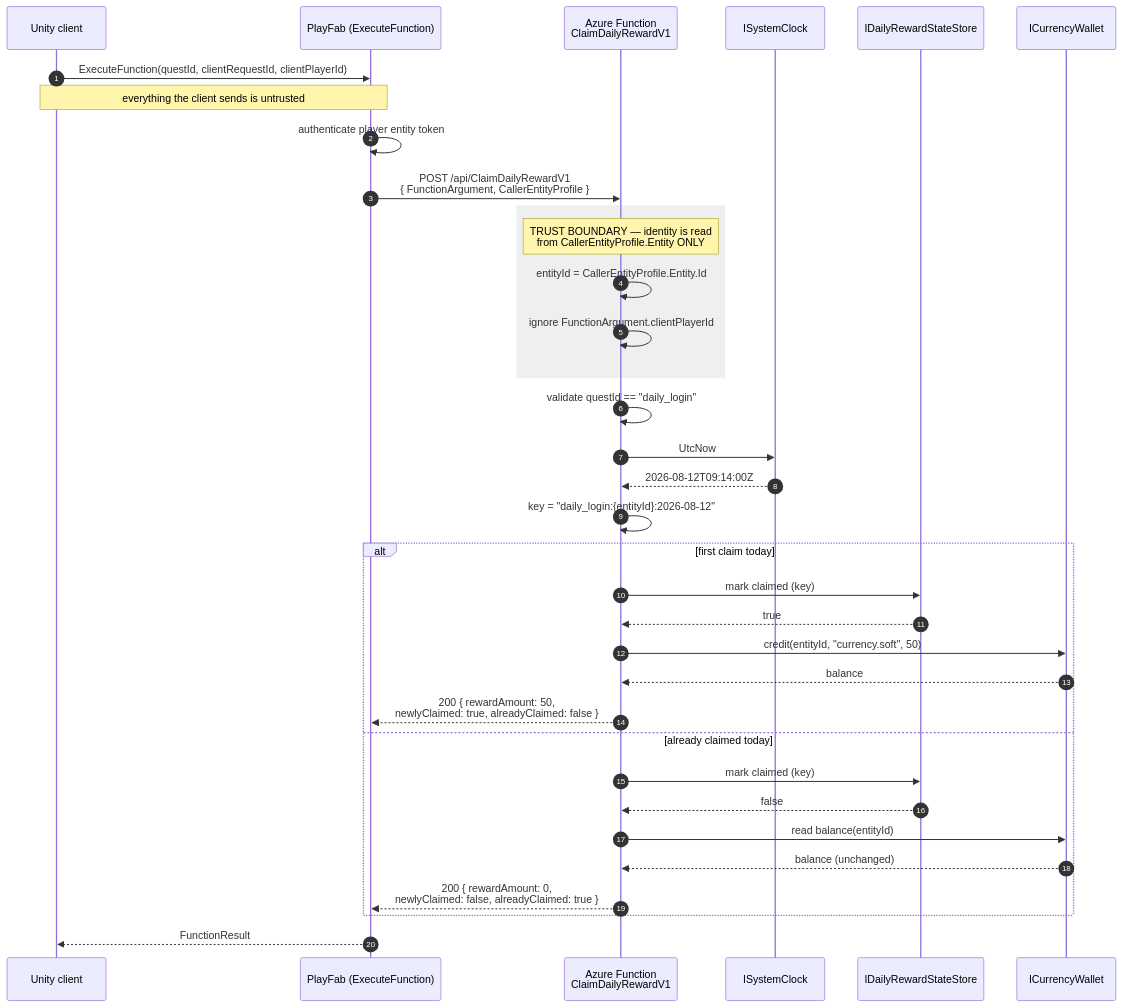
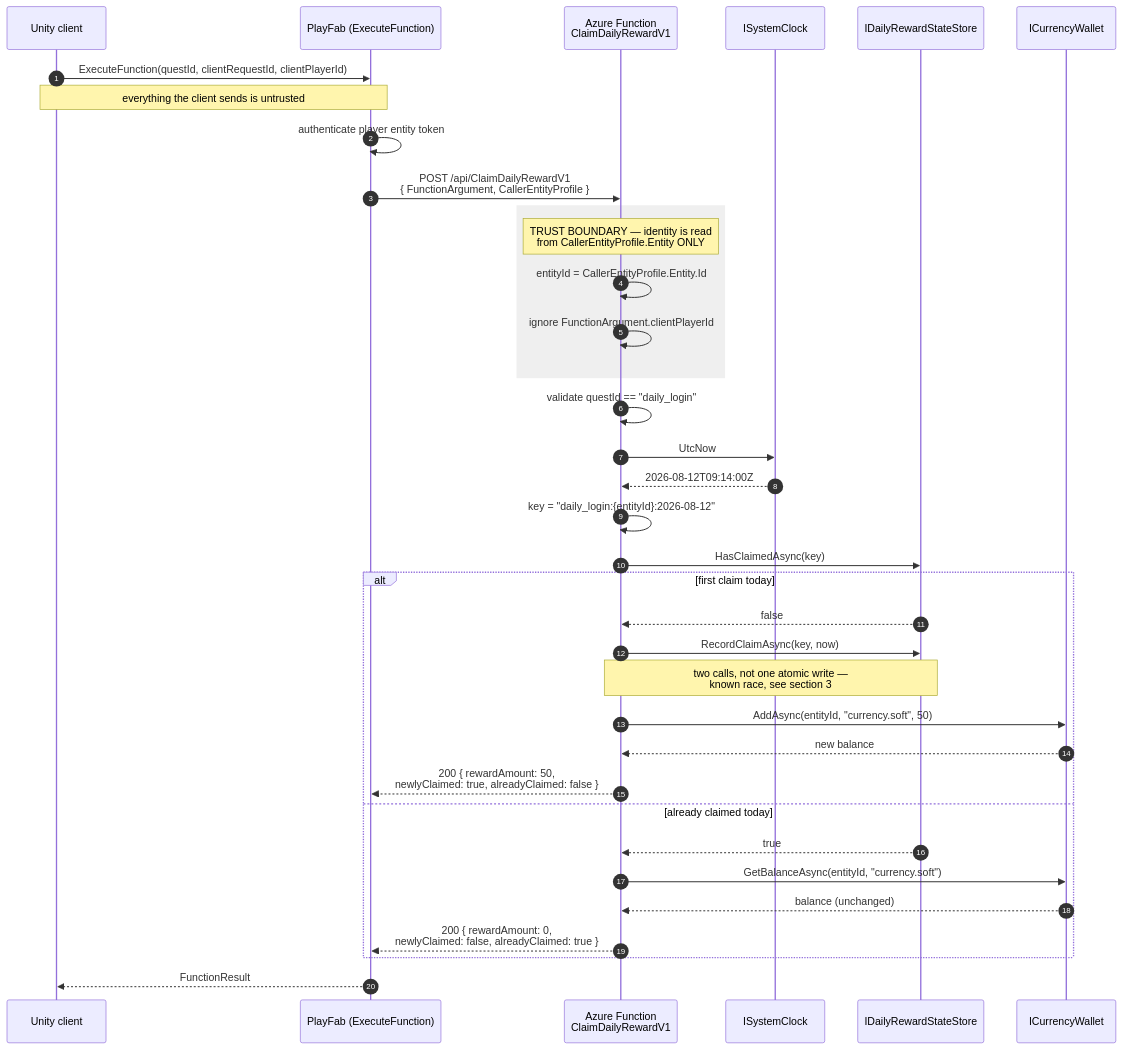
The diagram in README.md (martingitlero/cbea), drawn with Mermaid before and after one commit. The commit also changed other lines of this file and 21 other files, not shown here.

````diff
--- a/README.md
+++ b/README.md
@@ -123,41 +164,43 @@
 ```mermaid
 sequenceDiagram
     autonumber
     participant U as Unity client
     participant PF as PlayFab (ExecuteFunction)
     participant FN as Azure Function<br/>ClaimDailyRewardV1
     participant CK as ISystemClock
     participant ST as IDailyRewardStateStore
     participant W as ICurrencyWallet
 
     U->>PF: ExecuteFunction(questId, clientRequestId, clientPlayerId)
     Note over U,PF: everything the client sends is untrusted
     PF->>PF: authenticate player entity token
     PF->>FN: POST /api/ClaimDailyRewardV1<br/>{ FunctionArgument, CallerEntityProfile }
 
     rect rgba(120,120,120,0.12)
     Note over FN: TRUST BOUNDARY — identity is read<br/>from CallerEntityProfile.Entity ONLY
     FN->>FN: entityId = CallerEntityProfile.Entity.Id
     FN->>FN: ignore FunctionArgument.clientPlayerId
     end
 
     FN->>FN: validate questId == "daily_login"
     FN->>CK: UtcNow
     CK-->>FN: 2026-08-12T09:14:00Z
     FN->>FN: key = "daily_login:{entityId}:2026-08-12"
 
+    FN->>ST: HasClaimedAsync(key)
+
     alt first claim today
-        FN->>ST: mark claimed (key)
-        ST-->>FN: true
-        FN->>W: credit(entityId, "currency.soft", 50)
-        W-->>FN: balance
+        ST-->>FN: false
+        FN->>ST: RecordClaimAsync(key, now)
+        Note over FN,ST: two calls, not one atomic write —<br/>known race, see section 3
+        FN->>W: AddAsync(entityId, "currency.soft", 50)
+        W-->>FN: new balance
         FN-->>PF: 200 { rewardAmount: 50,<br/>newlyClaimed: true, alreadyClaimed: false }
     else already claimed today
-        FN->>ST: mark claimed (key)
-        ST-->>FN: false
-        FN->>W: read balance(entityId)
+        ST-->>FN: true
+        FN->>W: GetBalanceAsync(entityId, "currency.soft")
         W-->>FN: balance (unchanged)
         FN-->>PF: 200 { rewardAmount: 0,<br/>newlyClaimed: false, alreadyClaimed: true }
     end
     PF-->>U: FunctionResult
 ```
````
